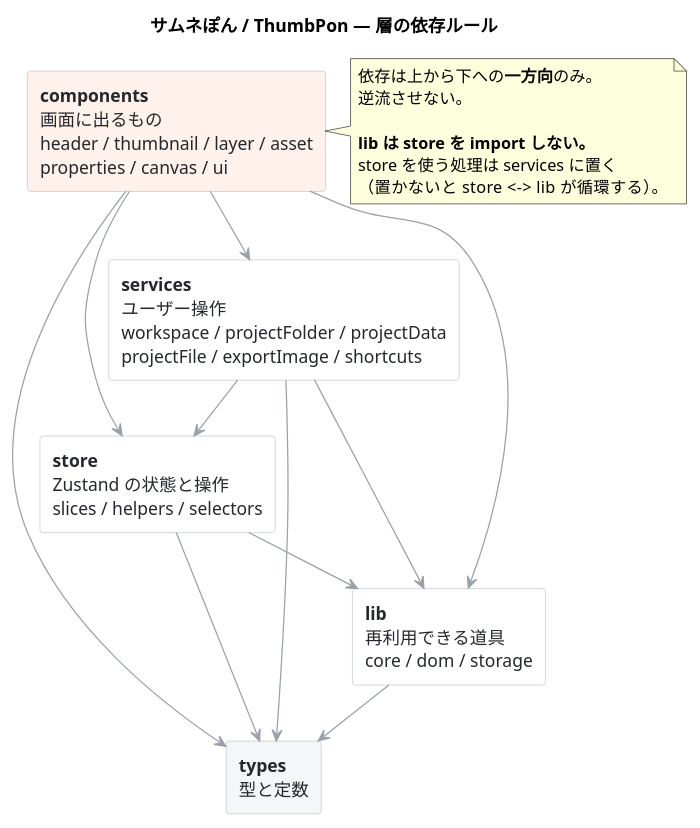
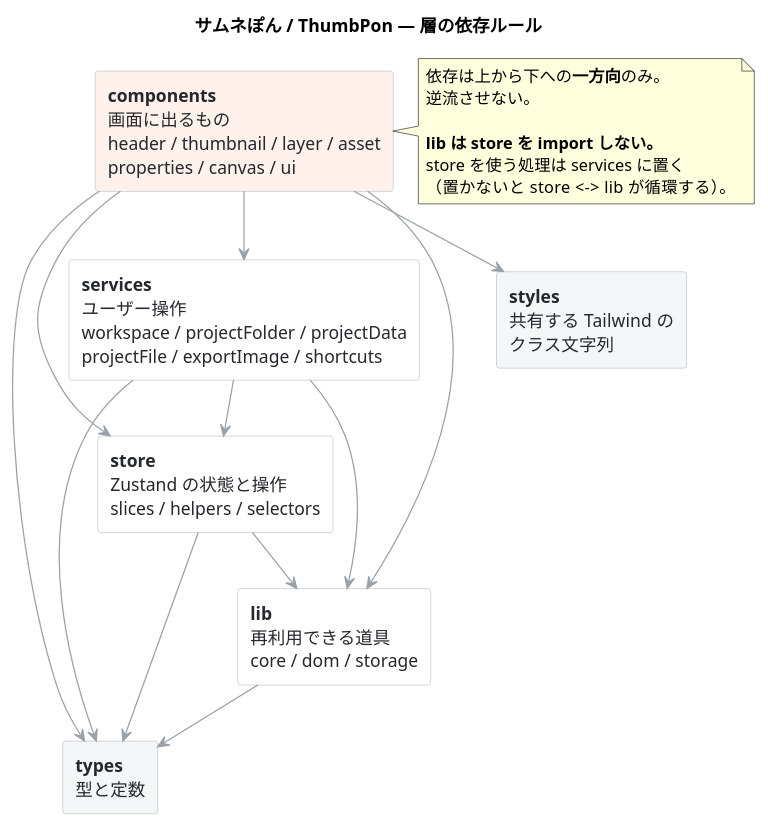
The diagram in docs/uml/layers.puml (plasmo310/react-thumbpon), drawn with PlantUML before and after one commit. The commit also changed 43 other files, not shown here.

```diff
--- a/docs/uml/layers.puml
+++ b/docs/uml/layers.puml
@@ -1,50 +1,52 @@
 @startuml layers
 ' サムネぽん / ThumbPon — 層の依存ルール（最も粗い全体像）
 ' パッケージ単位の詳細は package-dependencies.puml を参照
 ' エイリアスに header / storage / node などの PlantUML 予約語を使わないこと
 ' （行頭に来るとコマンドとして解釈され、その依存が黙って消える）
 
 title サムネぽん / ThumbPon — 層の依存ルール
 
 skinparam backgroundColor #FFFFFF
 skinparam shadowing false
 skinparam defaultFontName "Hiragino Sans"
 skinparam nodesep 20
 skinparam ranksep 45
 skinparam ArrowColor #9AA1A9
 skinparam rectangle {
   BorderColor #B9C0C8
   BackgroundColor #FFFFFF
   FontColor #25282D
 }
 
 rectangle "**components**\n画面に出るもの\nheader / thumbnail / layer / asset\nproperties / canvas / ui" as lComponents #FFF1EB
 rectangle "**services**\nユーザー操作\nworkspace / projectFolder / projectData\nprojectFile / exportImage / shortcuts" as lServices
 rectangle "**store**\nZustand の状態と操作\nslices / helpers / selectors" as lStore
 rectangle "**lib**\n再利用できる道具\ncore / dom / storage" as lLib
 rectangle "**types**\n型と定数" as lTypes #F5F6F8
+rectangle "**styles**\n共有する Tailwind の\nクラス文字列" as lStyles #F5F6F8
 
 lComponents -down-> lServices
 lComponents -down-> lStore
 lComponents -down-> lLib
 lComponents -down-> lTypes
+lComponents -down-> lStyles
 
 lServices -down-> lStore
 lServices -down-> lLib
 lServices -down-> lTypes
 
 lStore -down-> lLib
 lStore -down-> lTypes
 
 lLib -down-> lTypes
 
 note right of lComponents
   依存は上から下への**一方向**のみ。
   逆流させない。
 
   **lib は store を import しない。**
   store を使う処理は services に置く
   （置かないと store <-> lib が循環する）。
 end note
 
 @enduml
```
